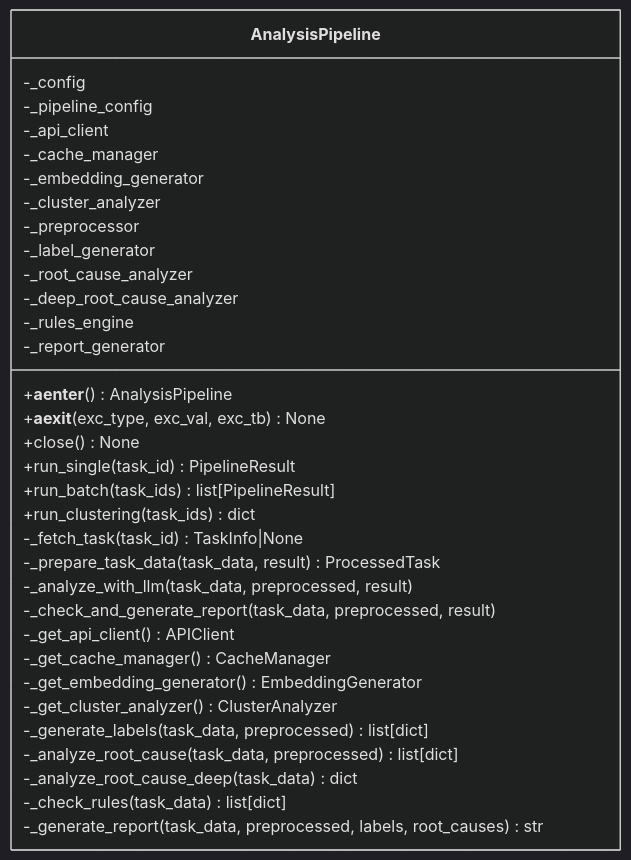
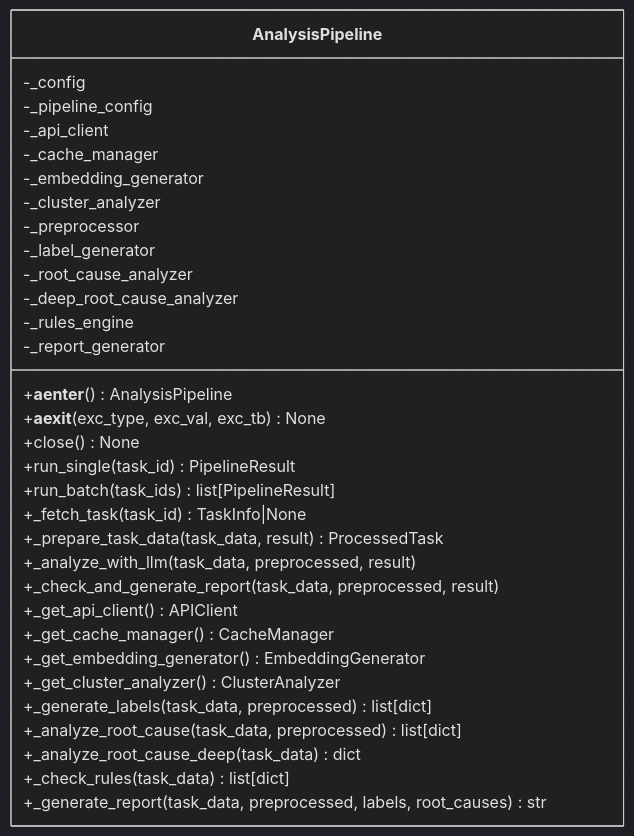
One commit to boyingliu01/fault-review-analyzer changed the third of 5 diagrams in .qoder/repowiki/zh/content/核心架构/核心组件/分析流水线编排器.md. Above: the diagram before and after it, drawn with Mermaid (dark theme). The commit also changed other lines of this file and 123 other files, not shown here.

````diff
--- a/.qoder/repowiki/zh/content/核心架构/核心组件/分析流水线编排器.md
+++ b/.qoder/repowiki/zh/content/核心架构/核心组件/分析流水线编排器.md
@@ -262,36 +214,35 @@
 ```mermaid
 classDiagram
 class AnalysisPipeline {
 -_config
 -_pipeline_config
 -_api_client
 -_cache_manager
 -_embedding_generator
 -_cluster_analyzer
 -_preprocessor
 -_label_generator
 -_root_cause_analyzer
 -_deep_root_cause_analyzer
 -_rules_engine
 -_report_generator
 +__aenter__() AnalysisPipeline
 +__aexit__(exc_type, exc_val, exc_tb) None
 +close() None
 +run_single(task_id) PipelineResult
 +run_batch(task_ids) list[PipelineResult]
-+run_clustering(task_ids) dict
--_fetch_task(task_id) TaskInfo|None
--_prepare_task_data(task_data, result) ProcessedTask
--_analyze_with_llm(task_data, preprocessed, result)
--_check_and_generate_report(task_data, preprocessed, result)
--_get_api_client() APIClient
--_get_cache_manager() CacheManager
--_get_embedding_generator() EmbeddingGenerator
--_get_cluster_analyzer() ClusterAnalyzer
--_generate_labels(task_data, preprocessed) list[dict]
--_analyze_root_cause(task_data, preprocessed) list[dict]
--_analyze_root_cause_deep(task_data) dict
--_check_rules(task_data) list[dict]
--_generate_report(task_data, preprocessed, labels, root_causes) str
++_fetch_task(task_id) TaskInfo|None
++_prepare_task_data(task_data, result) ProcessedTask
++_analyze_with_llm(task_data, preprocessed, result)
++_check_and_generate_report(task_data, preprocessed, result)
++_get_api_client() APIClient
++_get_cache_manager() CacheManager
++_get_embedding_generator() EmbeddingGenerator
++_get_cluster_analyzer() ClusterAnalyzer
++_generate_labels(task_data, preprocessed) list[dict]
++_analyze_root_cause(task_data, preprocessed) list[dict]
++_analyze_root_cause_deep(task_data) dict
++_check_rules(task_data) list[dict]
++_generate_report(task_data, preprocessed, labels, root_causes) str
 }
 ```
````
